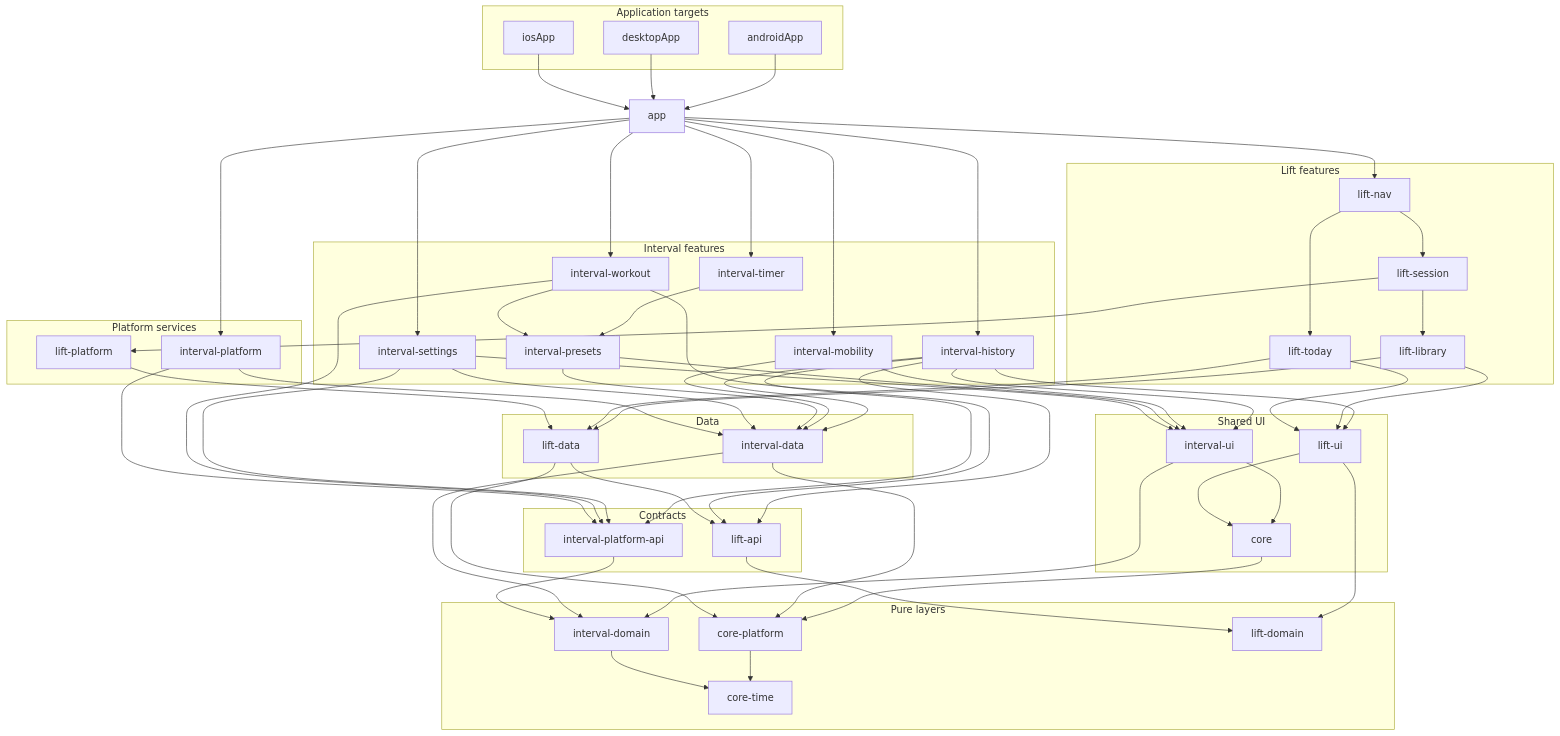
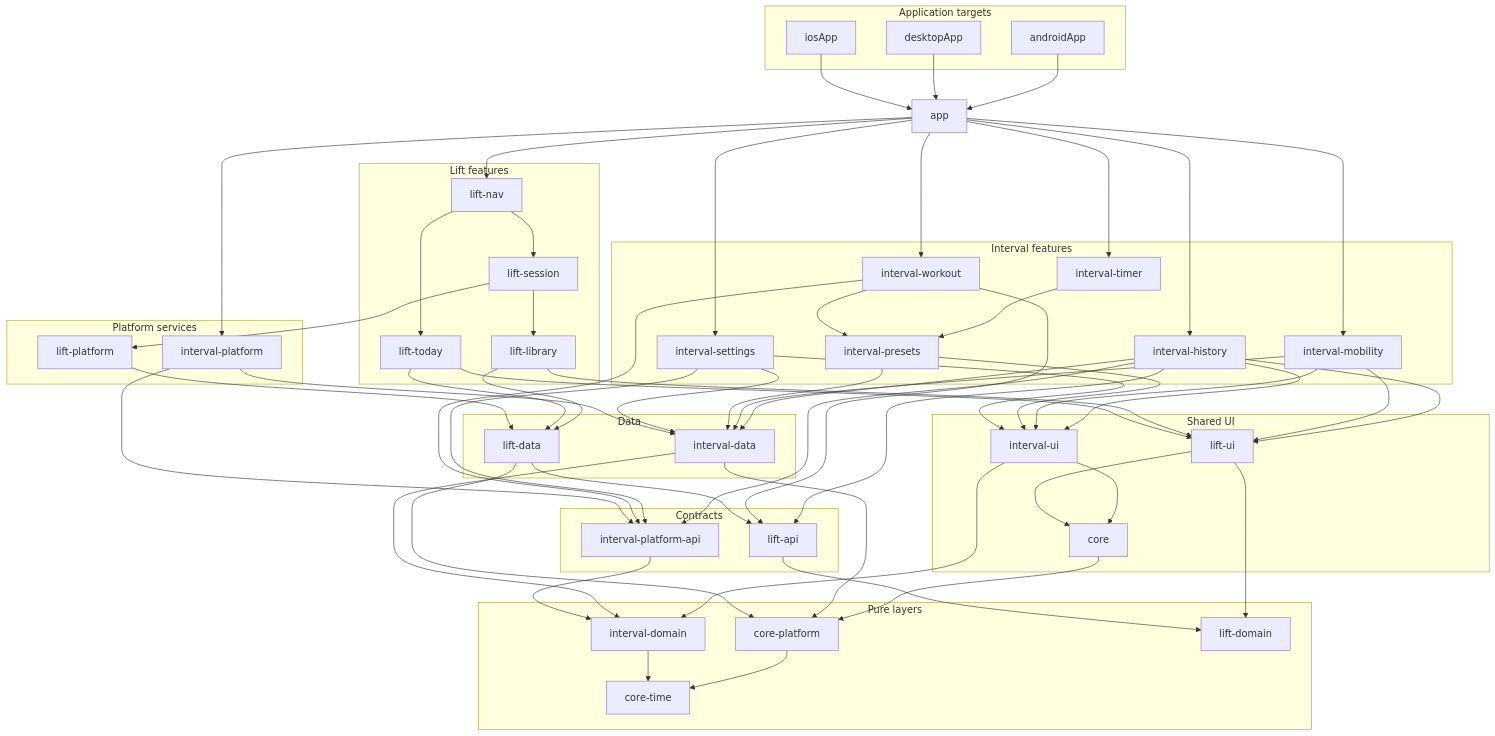
Before and after one commit to smithjustinn84-netizen/interval: the first of 2 diagrams in docs/architecture.md, drawn with Mermaid. The commit also changed 28 other files, not shown here.

First line of the commit message:
Build a flow: your own mobility flows, from the library's moves or typed

```diff
--- a/docs/architecture.md
+++ b/docs/architecture.md
@@ -91,6 +91,7 @@
     intervalHistory --> intervalPlatformApi
     intervalHistory --> liftApi
     intervalMobility --> intervalUi
+    intervalMobility --> liftUi
     intervalMobility --> intervalData
     intervalPresets --> intervalUi
     intervalPresets --> intervalData
```
